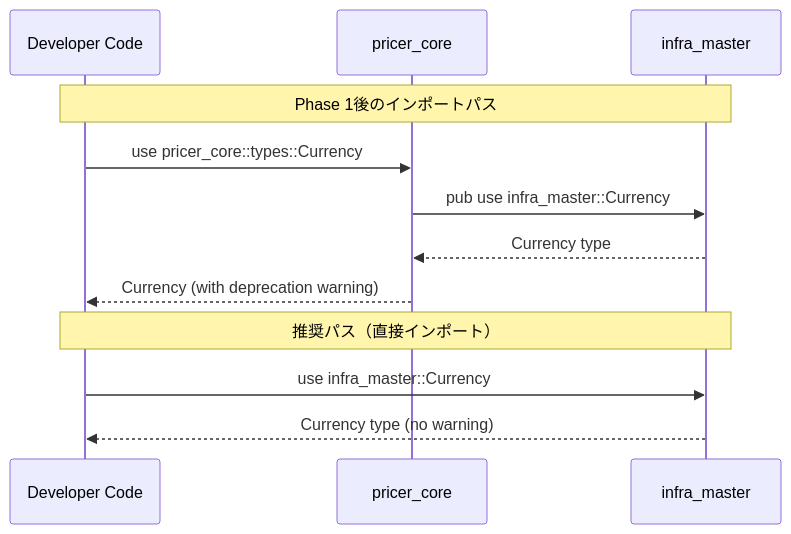
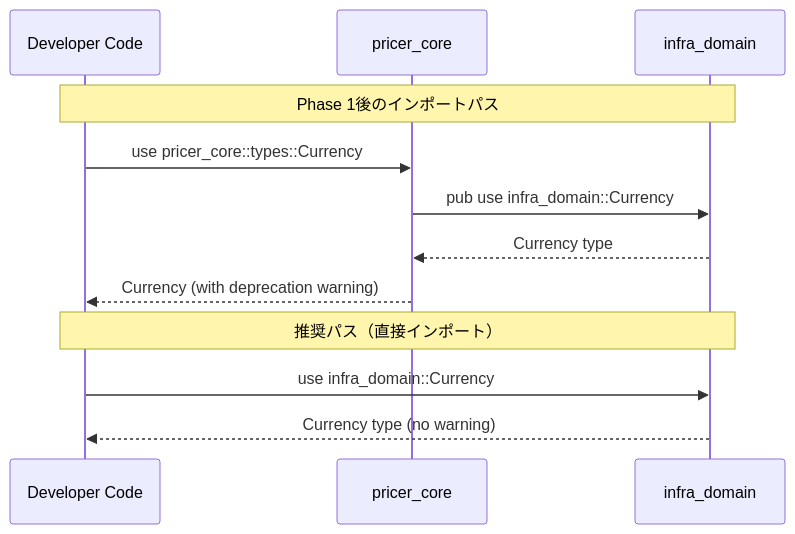
The second of 4 diagrams in .kiro/specs/infra-primitives-migration/design.md (neutryx-lab/neutryx-rust), drawn with Mermaid before and after one commit. The commit also changed other lines of this file and 303 other files, not shown here.

First line of the commit message:
Refactor imports from `infra_master` to `infra_domain`

````diff
--- a/.kiro/specs/infra-primitives-migration/design.md
+++ b/.kiro/specs/infra-primitives-migration/design.md
@@ -110,18 +110,18 @@
 ```mermaid
 sequenceDiagram
     participant User as Developer Code
     participant PC as pricer_core
-    participant IM as infra_master
+    participant IM as infra_domain
 
     Note over User,IM: Phase 1後のインポートパス
 
     User->>PC: use pricer_core::types::Currency
-    PC->>IM: pub use infra_master::Currency
+    PC->>IM: pub use infra_domain::Currency
     IM-->>PC: Currency type
     PC-->>User: Currency (with deprecation warning)
 
     Note over User,IM: 推奨パス（直接インポート）
 
-    User->>IM: use infra_master::Currency
+    User->>IM: use infra_domain::Currency
     IM-->>User: Currency type (no warning)
 ```
````
